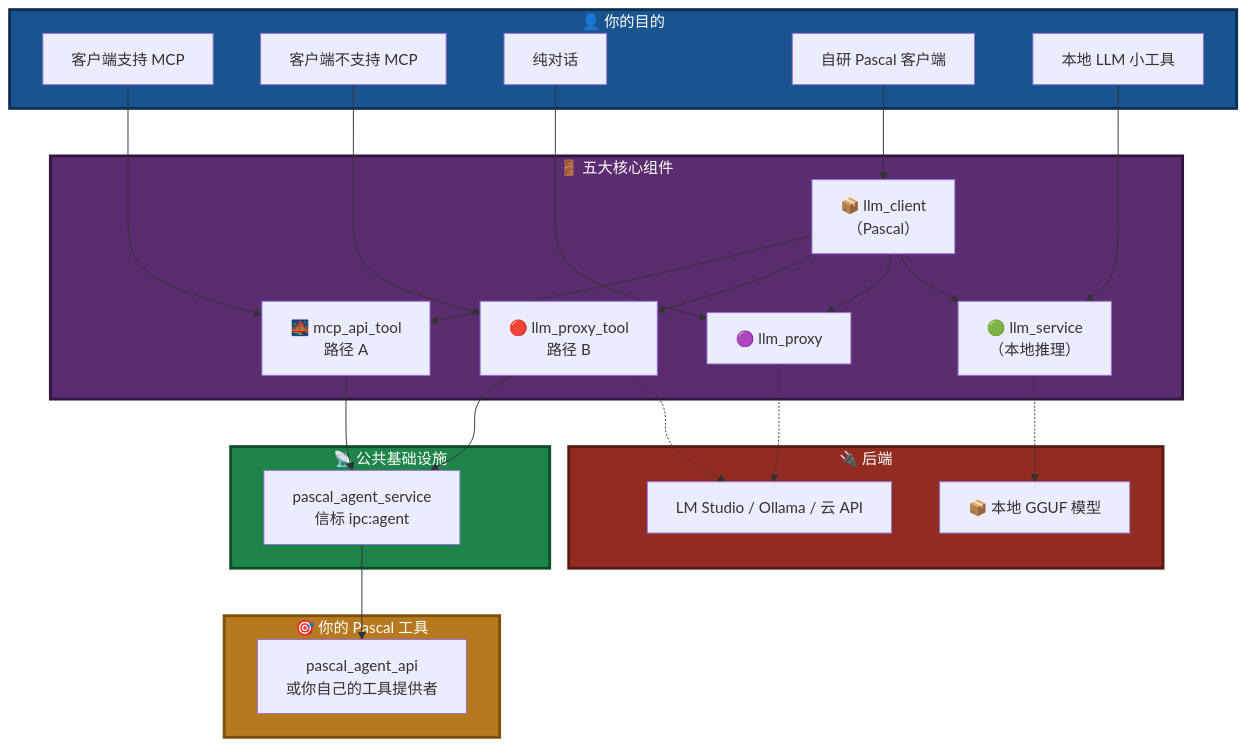
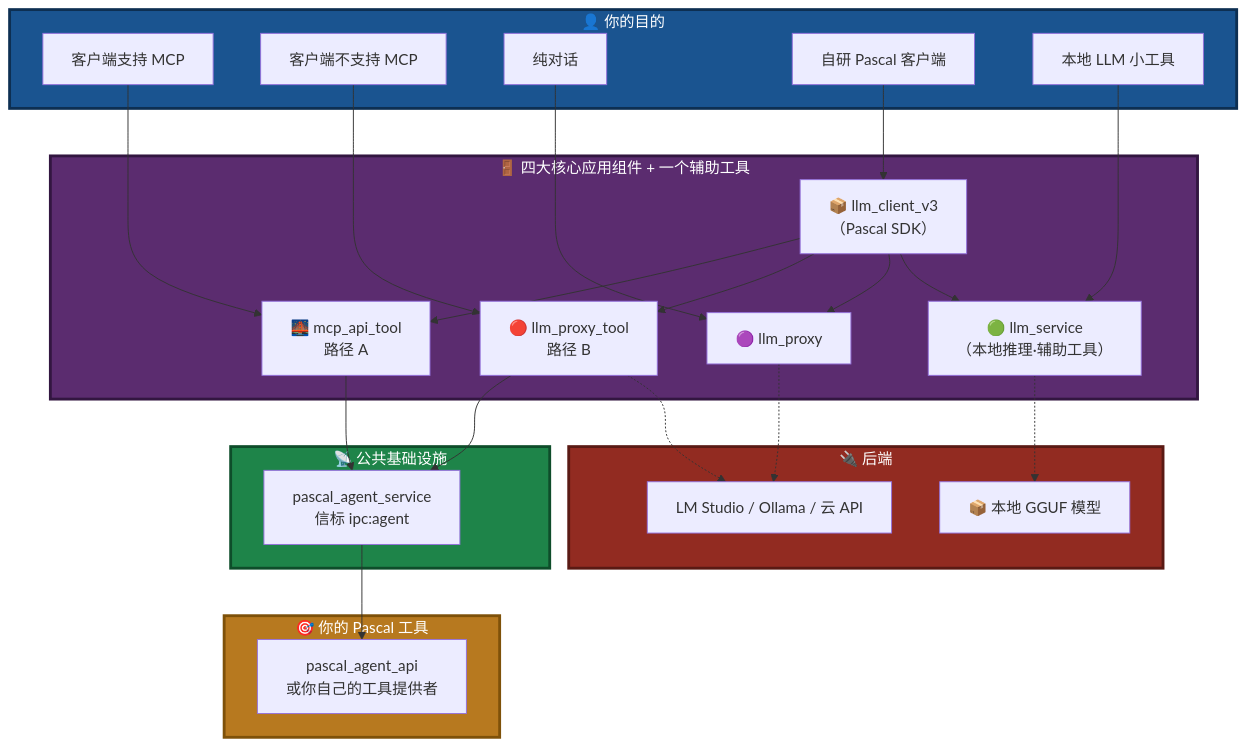
One commit to PassByYou888/LingoFuse-pasAgent-v3 changed the ninth of 10 diagrams in readme.md. Above: the diagram before and after it, drawn with Mermaid. The commit also changed other lines of this file, not shown here.

````diff
--- a/readme.md
+++ b/readme.md
@@ -407,55 +408,55 @@
 ```mermaid
 flowchart TB
     subgraph Users["👤 你的目的"]
         U1["客户端支持 MCP"]
         U2["客户端不支持 MCP"]
         U3["纯对话"]
         U4["自研 Pascal 客户端"]
         U5["本地 LLM 小工具"]
     end
 
-    subgraph Entrances["🚪 五大核心组件"]
+    subgraph Entrances["🚪 四大核心应用组件 + 一个辅助工具"]
         E1["🌉 mcp_api_tool<br/>路径 A"]
         E2["🔴 llm_proxy_tool<br/>路径 B"]
         E3["🟣 llm_proxy"]
-        E4["📦 llm_client<br/>（Pascal）"]
-        E5["🟢 llm_service<br/>（本地推理）"]
+        E4["📦 llm_client_v3<br/>（Pascal SDK）"]
+        E5["🟢 llm_service<br/>（本地推理·辅助工具）"]
     end
 
     subgraph Beacon["📡 公共基础设施"]
         B["pascal_agent_service<br/>信标 ipc:agent"]
     end
 
     subgraph Tools["🎯 你的 Pascal 工具"]
         T["pascal_agent_api<br/>或你自己的工具提供者"]
     end
 
     subgraph Backends["🔌 后端"]
         R1["LM Studio / Ollama / 云 API"]
         R2["📦 本地 GGUF 模型"]
     end
 
     U1 --> E1
     U2 --> E2
     U3 --> E3
     U4 --> E4
     U5 --> E5
 
     E1 --> B
     E2 --> B
     E2 -.-> R1
     E3 -.-> R1
     E4 --> E1
     E4 --> E2
     E4 --> E3
     E4 --> E5
     E5 -.-> R2
 
     B --> T
 
     style Users fill:#1A5490,stroke:#0D2F52,stroke-width:3px,color:#FFFFFF
     style Entrances fill:#5B2C6F,stroke:#321640,stroke-width:3px,color:#FFFFFF
     style Beacon fill:#1E8449,stroke:#0E4D2A,stroke-width:3px,color:#FFFFFF
     style Tools fill:#B7791F,stroke:#7E5109,stroke-width:3px,color:#FFFFFF
     style Backends fill:#922B21,stroke:#5A1A14,stroke-width:3px,color:#FFFFFF
 ```
````
